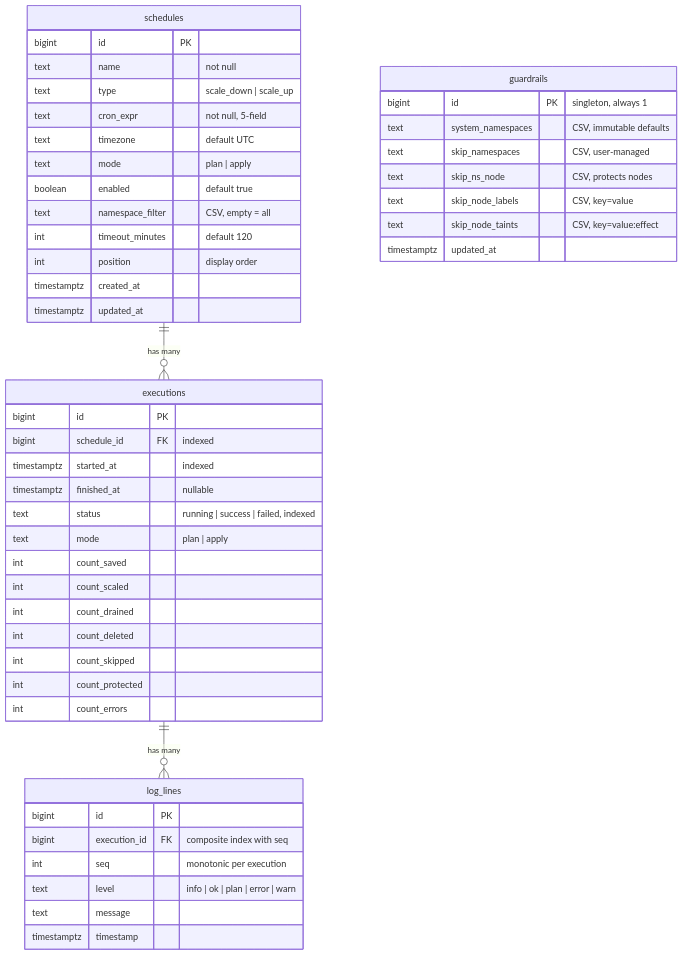
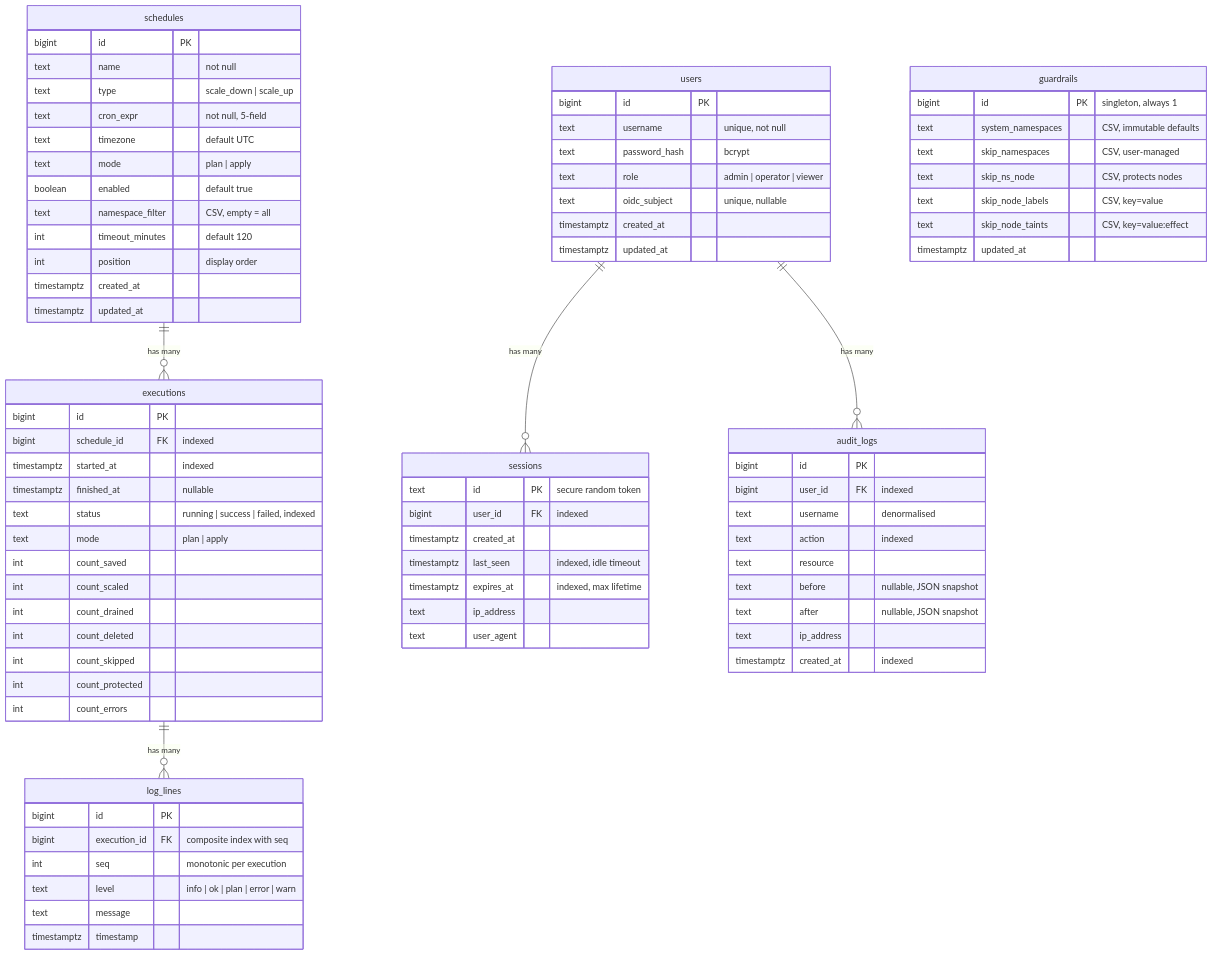
One commit to MacXsimilian/kube-phoenix changed the third of 9 diagrams in ARCHITECTURE.md. Above: the diagram before and after it, drawn with Mermaid. The commit also changed other lines of this file and 1 other file, not shown here.

Commit message:
docs: update README and ARCHITECTURE for user management feature

````diff
--- a/ARCHITECTURE.md
+++ b/ARCHITECTURE.md
@@ -1604,6 +1715,8 @@
 erDiagram
     schedules ||--o{ executions : "has many"
     executions ||--o{ log_lines : "has many"
+    users ||--o{ sessions : "has many"
+    users ||--o{ audit_logs : "has many"
 
     schedules {
         bigint id PK
@@ -1654,4 +1767,36 @@
         text skip_node_taints "CSV, key=value:effect"
         timestamptz updated_at
     }
+
+    users {
+        bigint id PK
+        text username "unique, not null"
+        text password_hash "bcrypt"
+        text role "admin | operator | viewer"
+        text oidc_subject "unique, nullable"
+        timestamptz created_at
+        timestamptz updated_at
+    }
+
+    sessions {
+        text id PK "secure random token"
+        bigint user_id FK "indexed"
+        timestamptz created_at
+        timestamptz last_seen "indexed, idle timeout"
+        timestamptz expires_at "indexed, max lifetime"
+        text ip_address
+        text user_agent
+    }
+
+    audit_logs {
+        bigint id PK
+        bigint user_id FK "indexed"
+        text username "denormalised"
+        text action "indexed"
+        text resource
+        text before "nullable, JSON snapshot"
+        text after "nullable, JSON snapshot"
+        text ip_address
+        timestamptz created_at "indexed"
+    }
 ```
````
